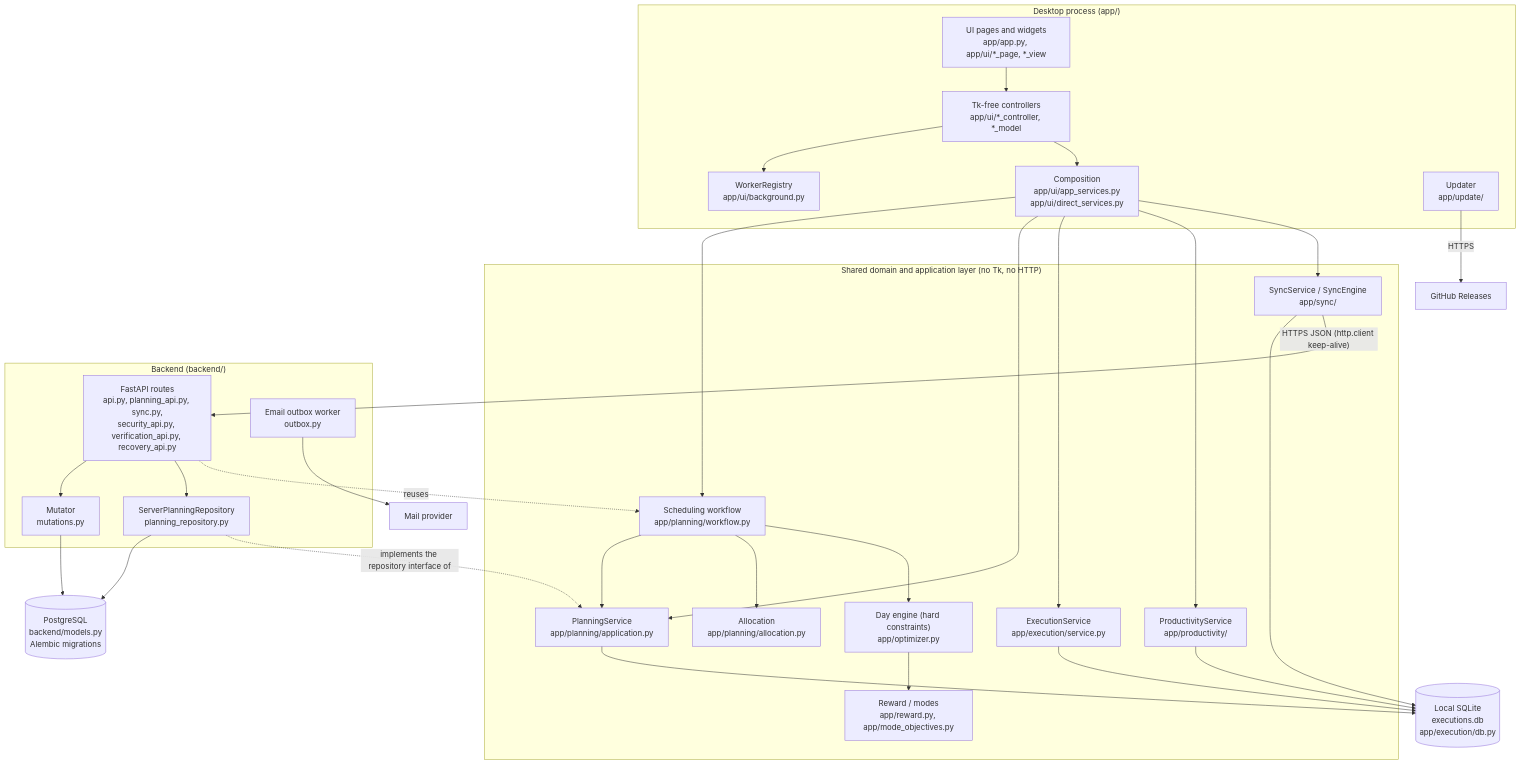
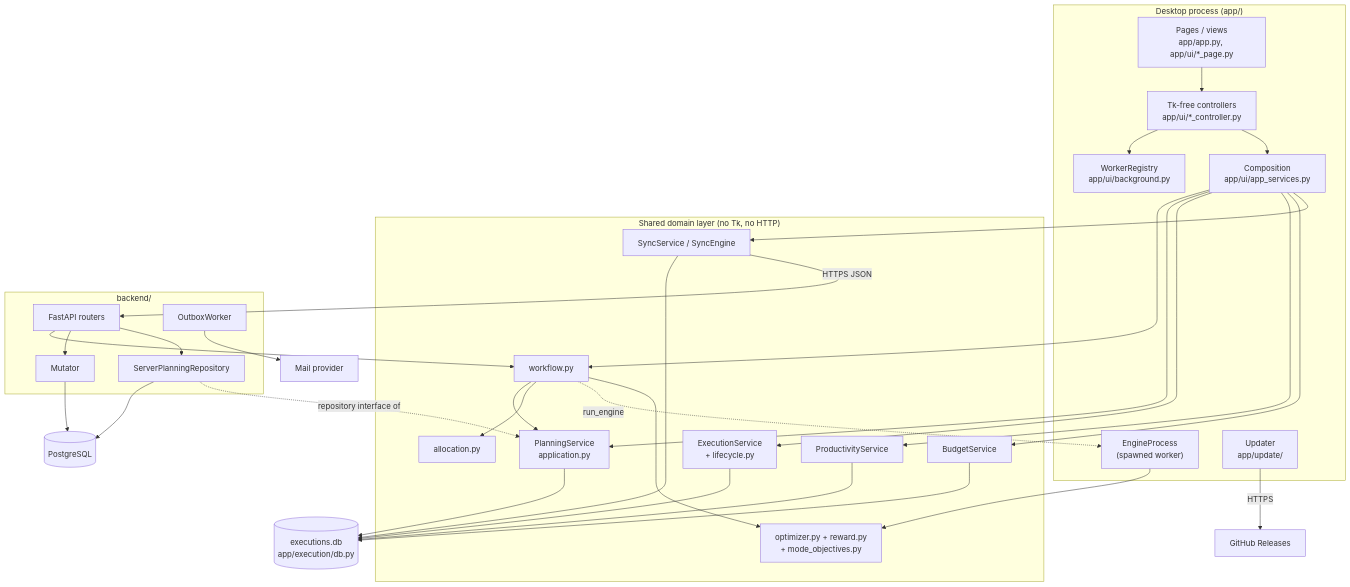
The first of 4 diagrams in ARCHITECTURE.md (Ramtin-Mandom/Schedule_Maxing), drawn with Mermaid before and after one commit. The commit also changed other lines of this file and 3 other files, not shown here.

Commit message:
docs: rewrite architecture reference and add the workflow guide

````diff
--- a/ARCHITECTURE.md
+++ b/ARCHITECTURE.md
@@ -55,47 +410,44 @@
 ```mermaid
 flowchart TB
     subgraph Desktop["Desktop process (app/)"]
-        UI["UI pages and widgets<br/>app/app.py, app/ui/*_page, *_view"]
-        CTRL["Tk-free controllers<br/>app/ui/*_controller, *_model"]
+        UI["Pages / views<br/>app/app.py, app/ui/*_page.py"]
+        CTRL["Tk-free controllers<br/>app/ui/*_controller.py"]
         BG["WorkerRegistry<br/>app/ui/background.py"]
-        SVC["Composition<br/>app/ui/app_services.py<br/>app/ui/direct_services.py"]
+        SVC["Composition<br/>app/ui/app_services.py"]
+        EP["EngineProcess<br/>(spawned worker)"]
         UPD["Updater<br/>app/update/"]
     end
-    subgraph Domain["Shared domain and application layer (no Tk, no HTTP)"]
-        WF["Scheduling workflow<br/>app/planning/workflow.py"]
-        PS["PlanningService<br/>app/planning/application.py"]
-        ALLOC["Allocation<br/>app/planning/allocation.py"]
-        ENG["Day engine (hard constraints)<br/>app/optimizer.py"]
-        RULES["Reward / modes<br/>app/reward.py, app/mode_objectives.py"]
-        EXE["ExecutionService<br/>app/execution/service.py"]
-        PROD["ProductivityService<br/>app/productivity/"]
-        SYNC["SyncService / SyncEngine<br/>app/sync/"]
+    subgraph Domain["Shared domain layer (no Tk, no HTTP)"]
+        WF["workflow.py"]
+        PS["PlanningService<br/>application.py"]
+        AL["allocation.py"]
+        ENG["optimizer.py + reward.py<br/>+ mode_objectives.py"]
+        EXE["ExecutionService<br/>+ lifecycle.py"]
+        PROD["ProductivityService"]
+        BUD["BudgetService"]
+        SYNC["SyncService / SyncEngine"]
     end
-    SQLITE[("Local SQLite<br/>executions.db<br/>app/execution/db.py")]
-    subgraph Server["Backend (backend/)"]
-        API["FastAPI routes<br/>api.py, planning_api.py, sync.py,<br/>security_api.py, verification_api.py, recovery_api.py"]
-        MUT["Mutator<br/>mutations.py"]
-        SREPO["ServerPlanningRepository<br/>planning_repository.py"]
-        OUTBOX["Email outbox worker<br/>outbox.py"]
+    SQLITE[("executions.db<br/>app/execution/db.py")]
+    subgraph Server["backend/"]
+        API["FastAPI routers"]
+        MUT["Mutator"]
+        SREPO["ServerPlanningRepository"]
+        OUT["OutboxWorker"]
     end
-    PG[("PostgreSQL<br/>backend/models.py<br/>Alembic migrations")]
-    GH["GitHub Releases"]
-    MAIL["Mail provider"]
-
+    PG[("PostgreSQL")]
     UI --> CTRL --> BG
     CTRL --> SVC
-    SVC --> WF & PS & EXE & PROD & SYNC
-    WF --> PS & ALLOC & ENG
-    ENG --> RULES
-    PS --> SQLITE
-    EXE --> SQLITE
-    PROD --> SQLITE
-    SYNC --> SQLITE
-    SYNC -- "HTTPS JSON (http.client keep-alive)" --> API
-    UPD -- HTTPS --> GH
+    SVC --> WF & PS & EXE & PROD & BUD & SYNC
+    WF --> PS & AL
+    WF -. run_engine .-> EP
+    EP --> ENG
+    WF --> ENG
+    PS & EXE & PROD & BUD & SYNC --> SQLITE
+    SYNC -- "HTTPS JSON" --> API
+    UPD -- HTTPS --> GH["GitHub Releases"]
+    API --> WF
     API --> MUT --> PG
     API --> SREPO --> PG
-    SREPO -. "implements the repository interface of" .-> PS
-    API -. "reuses" .-> WF
-    OUTBOX --> MAIL
+    SREPO -. "repository interface of" .-> PS
+    OUT --> MAIL["Mail provider"]
 ```
````
